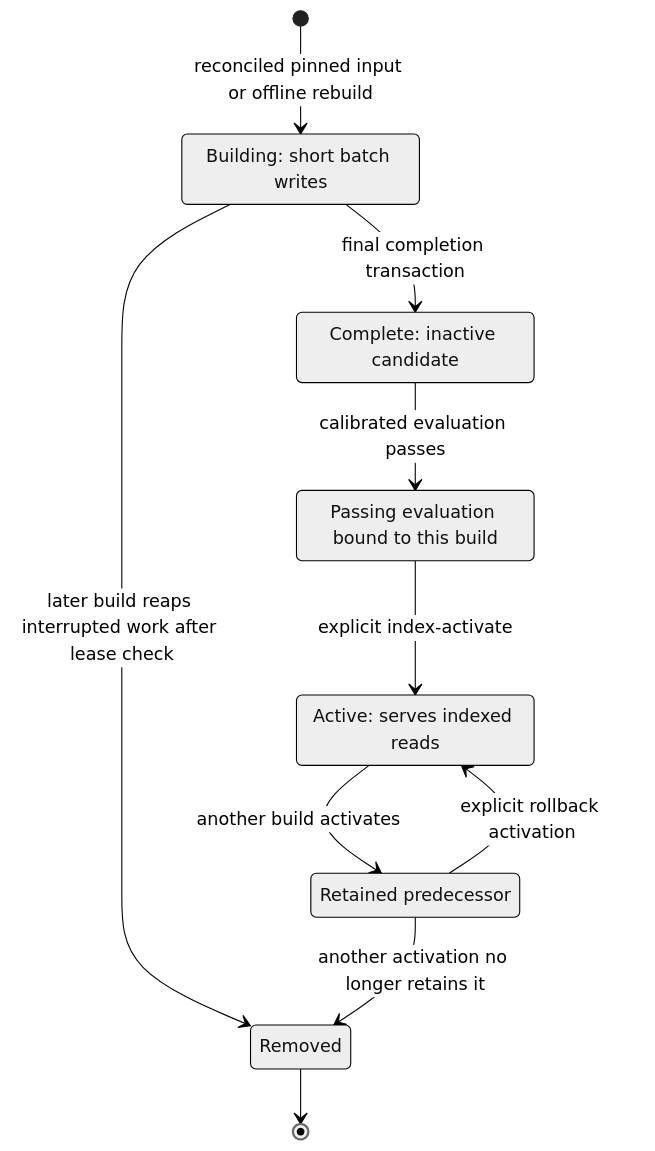
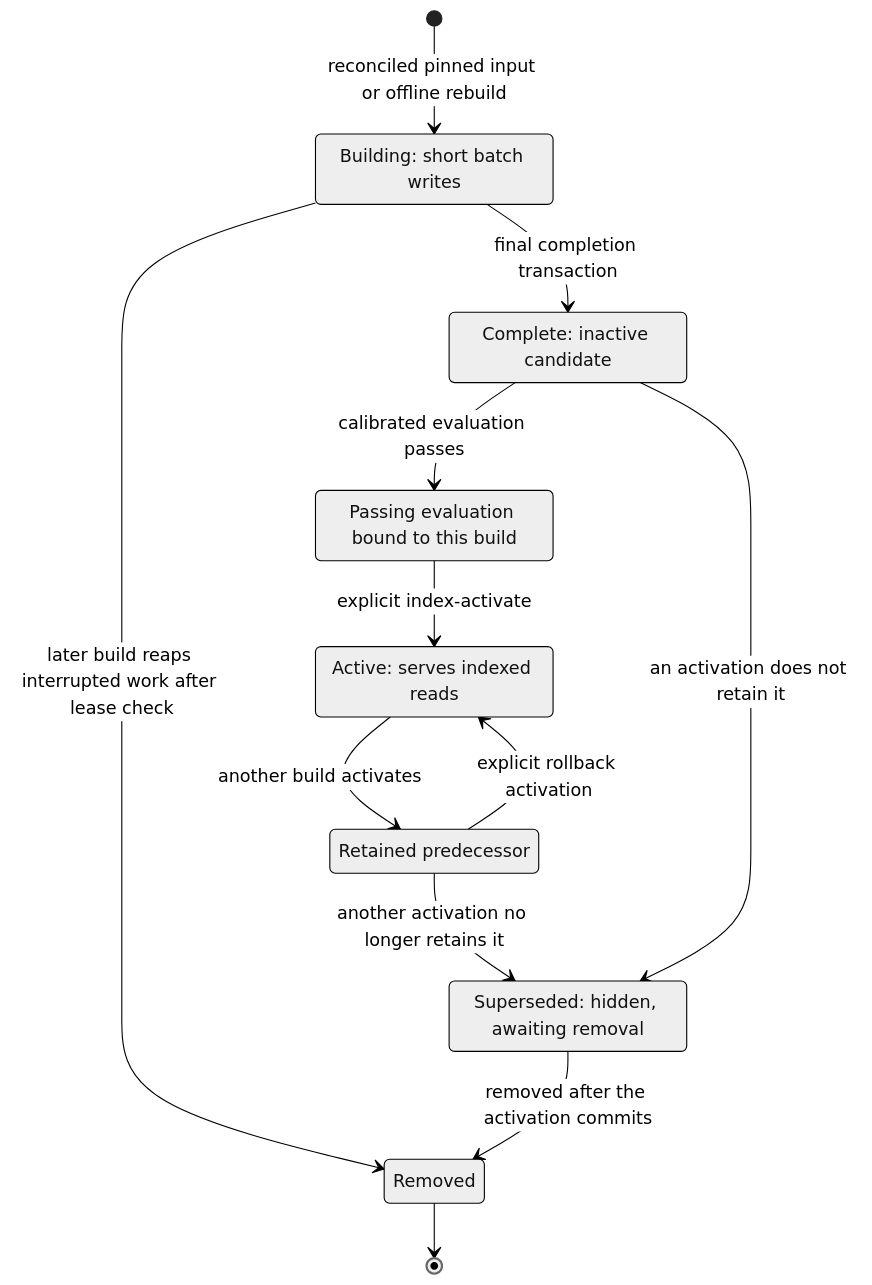
The fourth of 5 diagrams in ARCHITECTURE.md (CBIIT/nci-sip-mcp), drawn with Mermaid before and after one commit. The commit also changed other lines of this file and 6 other files, not shown here.

First line of the commit message:
fix(index): commit activation before removing superseded builds

````diff
--- a/ARCHITECTURE.md
+++ b/ARCHITECTURE.md
@@ -331,24 +335,27 @@
 ```mermaid
 ---
 config:
   theme: neutral
   look: classic
   layout: dagre
 ---
 stateDiagram-v2
     state "Building: short batch writes" as Building
     state "Complete: inactive candidate" as Complete
     state "Passing evaluation bound to this build" as Evaluated
     state "Active: serves indexed reads" as Active
     state "Retained predecessor" as Previous
+    state "Superseded: hidden, awaiting removal" as Superseded
     state "Removed" as Removed
     [*] --> Building: reconciled pinned input or offline rebuild
     Building --> Complete: final completion transaction
     Building --> Removed: later build reaps interrupted work after lease check
     Complete --> Evaluated: calibrated evaluation passes
     Evaluated --> Active: explicit index-activate
     Active --> Previous: another build activates
     Previous --> Active: explicit rollback activation
-    Previous --> Removed: another activation no longer retains it
+    Previous --> Superseded: another activation no longer retains it
+    Complete --> Superseded: an activation does not retain it
+    Superseded --> Removed: removed after the activation commits
     Removed --> [*]
 ```
````
